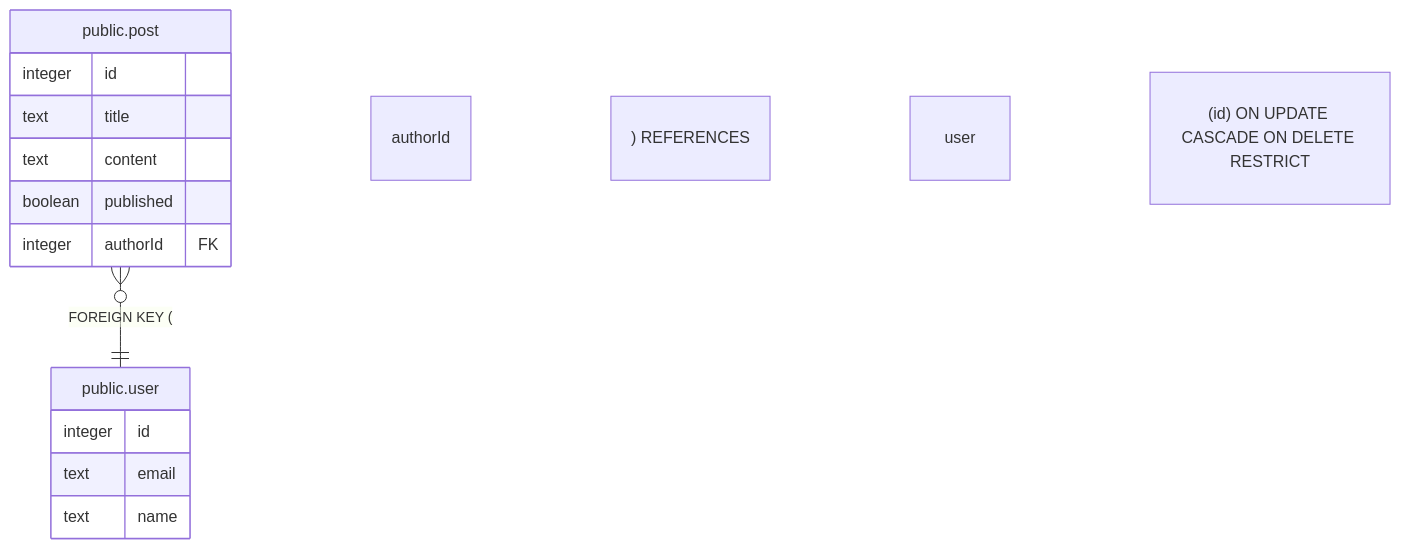
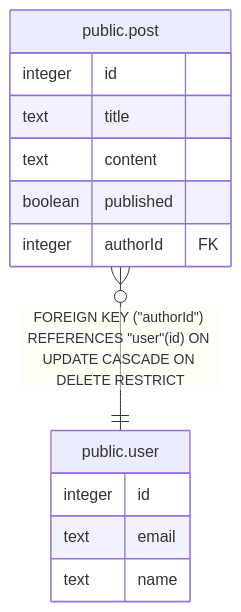
One commit to jellydn/db-management-demo changed the diagram in dbdoc/README.md. Above: the diagram before and after it, drawn with Mermaid. The commit also changed 2 other files, not shown here.

Commit message:
chore(db): auto generate docs

````diff
--- a/dbdoc/README.md
+++ b/dbdoc/README.md
@@ -12,18 +12,18 @@
 ```mermaid
 erDiagram
 
-"public.post" }o--|| "public.user" : "FOREIGN KEY ("authorId") REFERENCES "user"(id) ON UPDATE CASCADE ON DELETE RESTRICT"
+"public.post" }o--|| "public.user" : "FOREIGN KEY (#quot;authorId#quot;) REFERENCES #quot;user#quot;(id) ON UPDATE CASCADE ON DELETE RESTRICT"
 
 "public.user" {
   integer id
   text email
   text name
 }
 "public.post" {
   integer id
   text title
   text content
   boolean published
   integer authorId FK
 }
 ```
````
